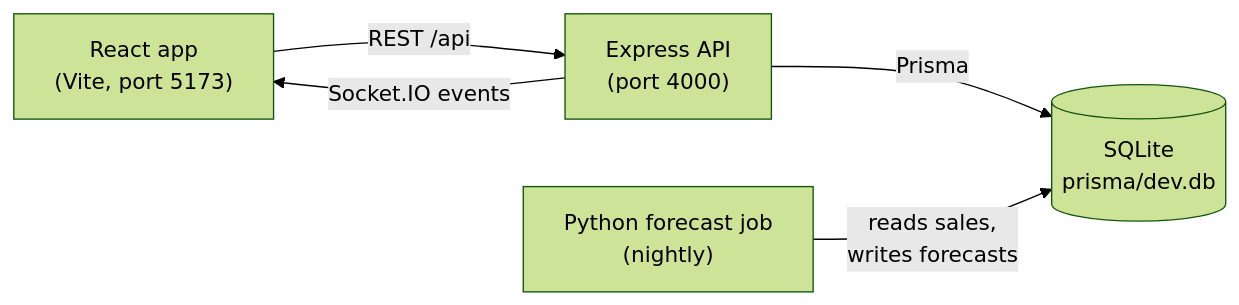
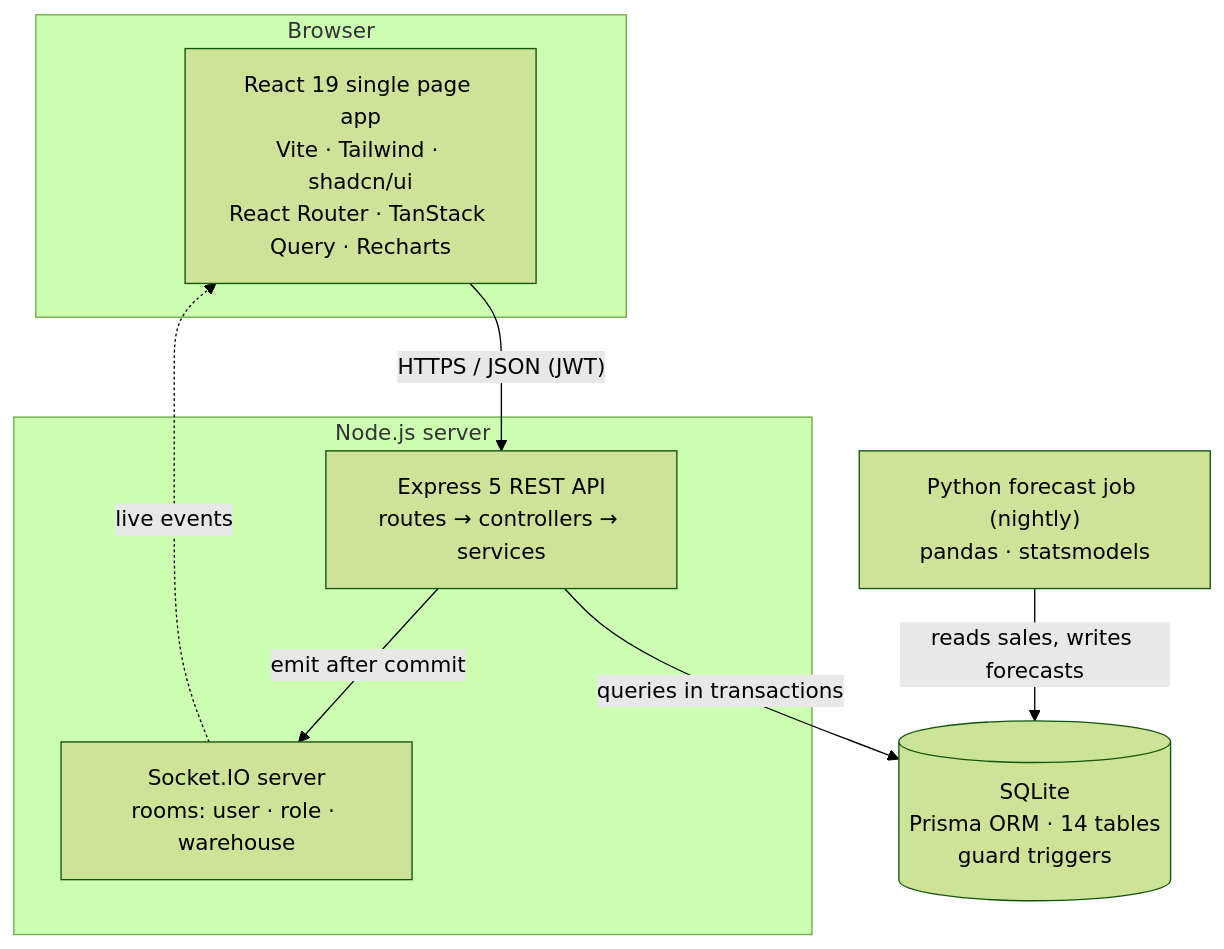
One commit to ROG-user-0987/InventoryOS changed the first of 4 diagrams in README.md. Above: the diagram before and after it, drawn with Mermaid (forest theme). The commit also changed other lines of this file, not shown here.

````diff
--- a/README.md
+++ b/README.md
@@ -65,12 +200,17 @@
 ```mermaid
-flowchart LR
-    UI["React app<br/>(Vite, port 5173)"]
-    API["Express API<br/>(port 4000)"]
-    DB[("SQLite<br/>prisma/dev.db")]
-    JOB["Python forecast job<br/>(nightly)"]
-
-    UI -- "REST /api" --> API
-    API -- "Socket.IO events" --> UI
-    API -- Prisma --> DB
-    JOB -- "reads sales,<br/>writes forecasts" --> DB
+flowchart TB
+  subgraph Browser["Browser"]
+    SPA["React 19 single page app<br/>Vite · Tailwind · shadcn/ui<br/>React Router · TanStack Query · Recharts"]
+  end
+  subgraph Server["Node.js server"]
+    API["Express 5 REST API<br/>routes → controllers → services"]
+    WS["Socket.IO server<br/>rooms: user · role · warehouse"]
+  end
+  DB[("SQLite<br/>Prisma ORM · 14 tables<br/>guard triggers")]
+  PY["Python forecast job (nightly)<br/>pandas · statsmodels"]
+  SPA -- "HTTPS / JSON (JWT)" --> API
+  API -- "emit after commit" --> WS
+  WS -. "live events" .-> SPA
+  API -- "queries in transactions" --> DB
+  PY -- "reads sales, writes forecasts" --> DB
 ```
````
